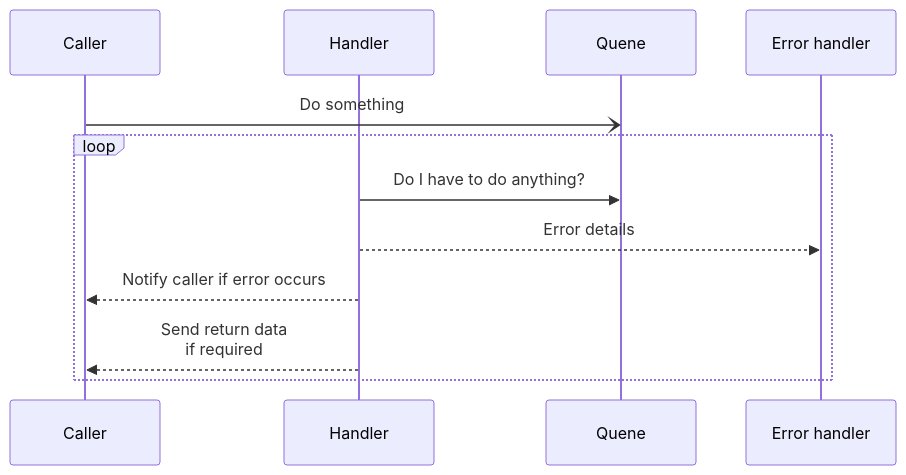
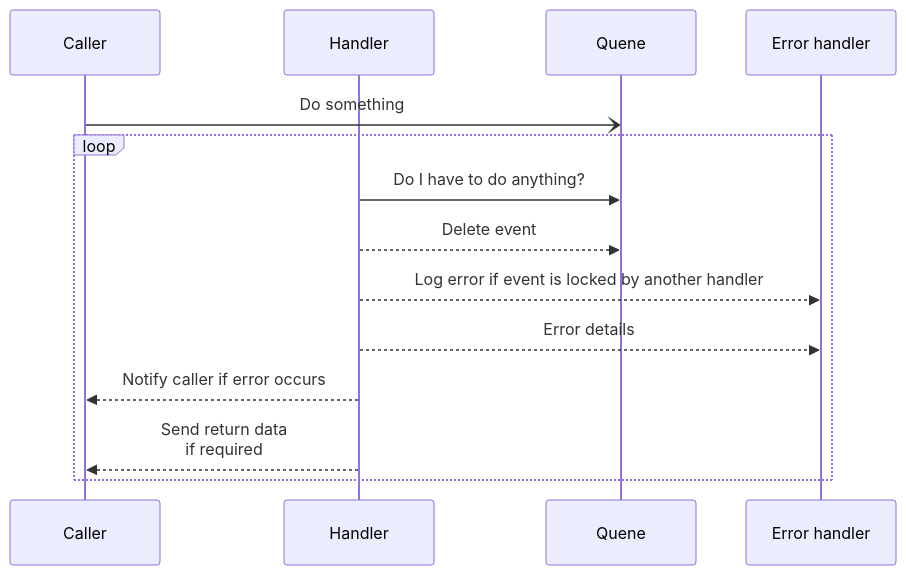
The third of 3 diagrams in Spengine/lib/documentation/Event system.md (Mnem42/Spengine), drawn with Mermaid before and after one commit. The commit also changed other lines of this file, not shown here.

````diff
--- a/Spengine/lib/documentation/Event system.md
+++ b/Spengine/lib/documentation/Event system.md
@@ -81,15 +86,17 @@
 ```mermaid
 sequenceDiagram
 participant C   as Caller
 participant H   as Handler
 participant MT  as Quene
 participant ERR as Error handler
 
 C-)MT:    Do something
 loop
 H->>MT:   Do I have to do anything?
+H-->>MT:  Delete event
+H-->>ERR: Log error if event is locked by another handler
 H-->>ERR: Error details
 H-->>C:   Notify caller if error occurs
 H-->>C:   Send return data <br/> if required
 end
 ```
````
